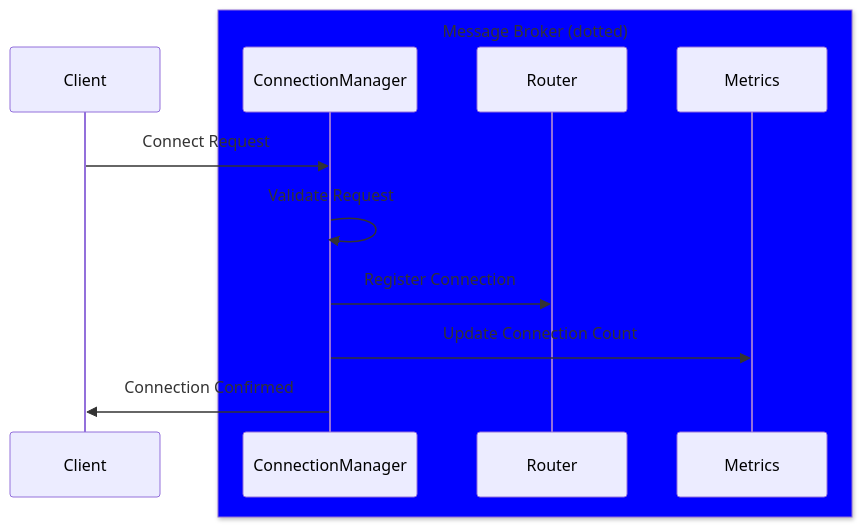
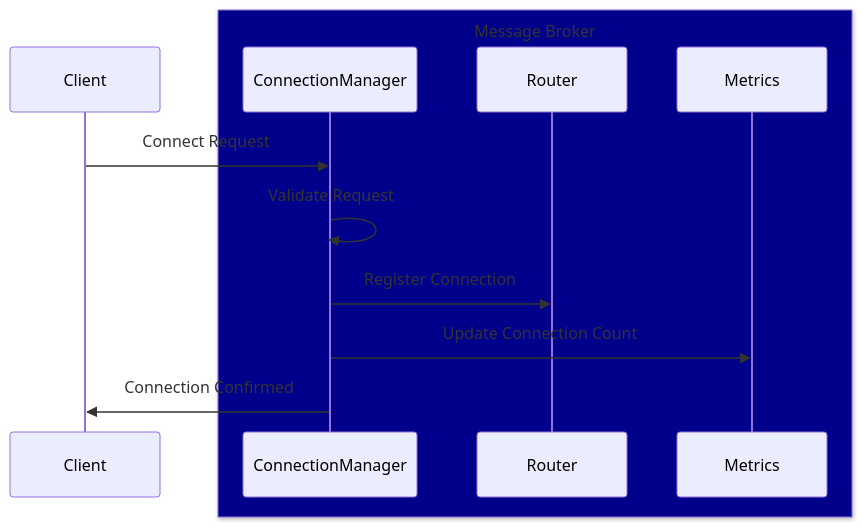
The first of 4 diagrams in docs/concepts/message-flow.md (DeX-Group-LLC/mb-server-node), drawn with Mermaid before and after one commit. The commit also changed other lines of this file, not shown here.

First line of the commit message:
Update message flow diagrams with DarkBlue component box styling

````diff
--- a/docs/concepts/message-flow.md
+++ b/docs/concepts/message-flow.md
@@ -15,15 +15,15 @@
 ```mermaid
 sequenceDiagram
     participant Client
-    box Blue Message Broker (dotted)
+    box DarkBlue Message Broker
     participant ConnectionManager
     participant Router
     participant Metrics
     end
 
     Client->>ConnectionManager: Connect Request
     ConnectionManager->>ConnectionManager: Validate Request
     ConnectionManager->>Router: Register Connection
     ConnectionManager->>Metrics: Update Connection Count
     ConnectionManager->>Client: Connection Confirmed
 ```
````
